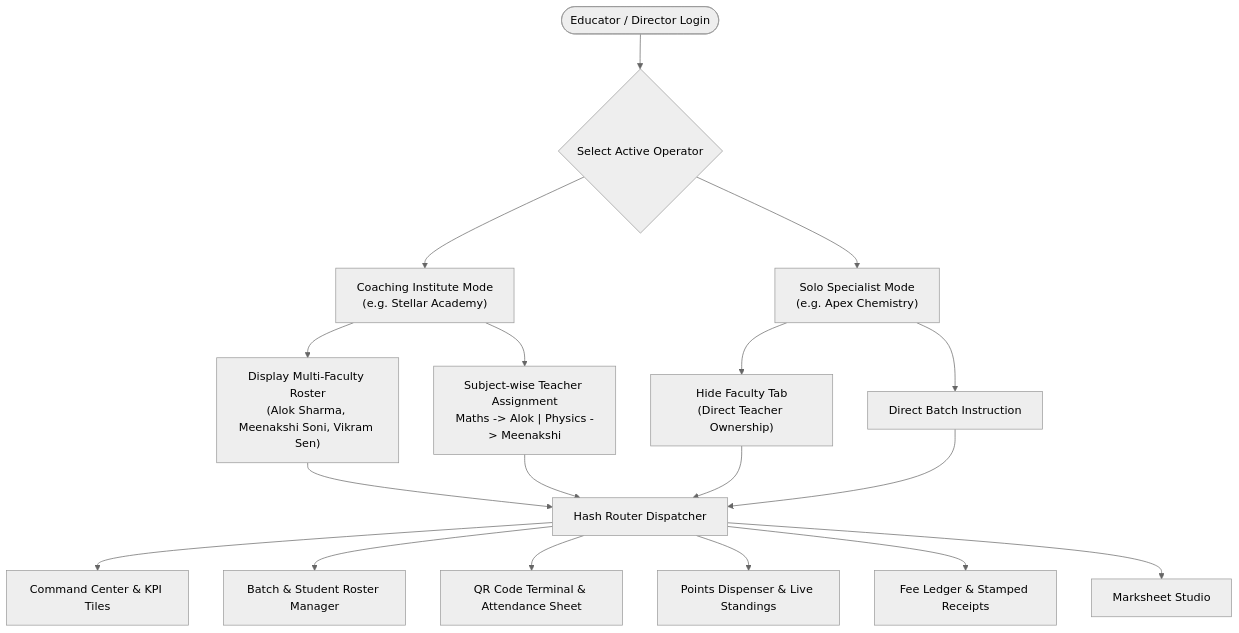
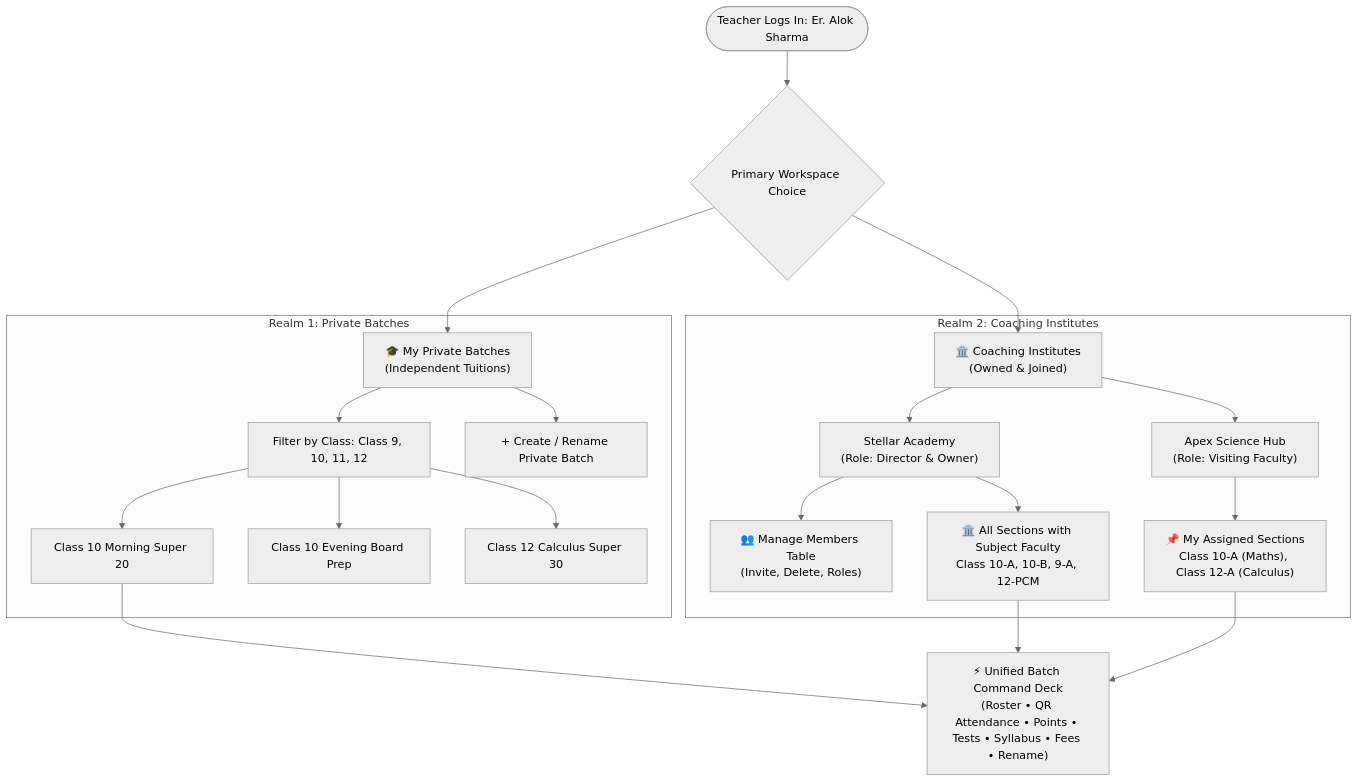
One commit to Krishnendu-Kar/vilarci-study-partner-website changed the diagram in Vilarci-study-partner-demo/Antigravity/vilarci-study-partner-website-pipeline.md. Above: the diagram before and after it, drawn with Mermaid (neutral theme). The commit also changed other lines of this file and 4 other files, not shown here.

Commit message:
feat: complete rebuild of Vilarci Study Partner with clean teacher-first architecture (Private Batches vs Coaching Institutes with Members Management and Section Decks)

````diff
--- a/Vilarci-study-partner-demo/Antigravity/vilarci-study-partner-website-pipeline.md
+++ b/Vilarci-study-partner-demo/Antigravity/vilarci-study-partner-website-pipeline.md
@@ -282,25 +31,29 @@
 ```mermaid
 flowchart TD
-    User([Educator / Director Login]) --> OpSwitch{Select Active Operator}
+    TeacherLogin([Teacher Logs In: Er. Alok Sharma]) --> WorkspaceSelect{Primary Workspace Choice}
     
-    OpSwitch --> ModeCoaching["Coaching Institute Mode<br/>(e.g. Stellar Academy)"]
-    OpSwitch --> ModeSolo["Solo Specialist Mode<br/>(e.g. Apex Chemistry)"]
+    WorkspaceSelect --> PrivateRealm["🎓 My Private Batches<br/>(Independent Tuitions)"]
+    WorkspaceSelect --> CoachingRealm["🏛️ Coaching Institutes<br/>(Owned & Joined)"]
     
-    ModeCoaching --> ShowFaculty["Display Multi-Faculty Roster<br/>(Alok Sharma, Meenakshi Soni, Vikram Sen)"]
-    ModeCoaching --> MultiAssign["Subject-wise Teacher Assignment<br/>Maths -> Alok | Physics -> Meenakshi"]
+    subgraph PrivateTuitions [Realm 1: Private Batches]
+        PrivateRealm --> FilterClass[Filter by Class: Class 9, 10, 11, 12]
+        FilterClass --> PBatch1["Class 10 Morning Super 20"]
+        FilterClass --> PBatch2["Class 10 Evening Board Prep"]
+        FilterClass --> PBatch3["Class 12 Calculus Super 30"]
+        PrivateRealm --> CreatePBatch["+ Create / Rename Private Batch"]
+    end
     
-    ModeSolo --> HideFaculty["Hide Faculty Tab<br/>(Direct Teacher Ownership)"]
-    ModeSolo --> DirectAssign["Direct Batch Instruction"]
+    subgraph CoachingNetwork [Realm 2: Coaching Institutes]
+        CoachingRealm --> InstOwned["Stellar Academy<br/>(Role: Director & Owner)"]
+        CoachingRealm --> InstJoined["Apex Science Hub<br/>(Role: Visiting Faculty)"]
+        
+        InstOwned --> ManageMembers["👥 Manage Members Table<br/>(Invite, Delete, Roles)"]
+        InstOwned --> AllSections["🏛️ All Sections with Subject Faculty<br/>Class 10-A, 10-B, 9-A, 12-PCM"]
+        
+        InstJoined --> MyAssignedSec["📌 My Assigned Sections<br/>Class 10-A (Maths), Class 12-A (Calculus)"]
+    end
     
-    ShowFaculty --> Router[Hash Router Dispatcher]
-    HideFaculty --> Router
-    MultiAssign --> Router
-    DirectAssign --> Router
-    
-    Router --> DashView[Command Center & KPI Tiles]
-    Router --> BatchView[Batch & Student Roster Manager]
-    Router --> AttView[QR Code Terminal & Attendance Sheet]
-    Router --> PtsView[Points Dispenser & Live Standings]
-    Router --> FeeView[Fee Ledger & Stamped Receipts]
-    Router --> DocView[Marksheet Studio]
+    PBatch1 --> BatchDeck["⚡ Unified Batch Command Deck<br/>(Roster • QR Attendance • Points • Tests • Syllabus • Fees • Rename)"]
+    AllSections --> BatchDeck
+    MyAssignedSec --> BatchDeck
 ```
````
